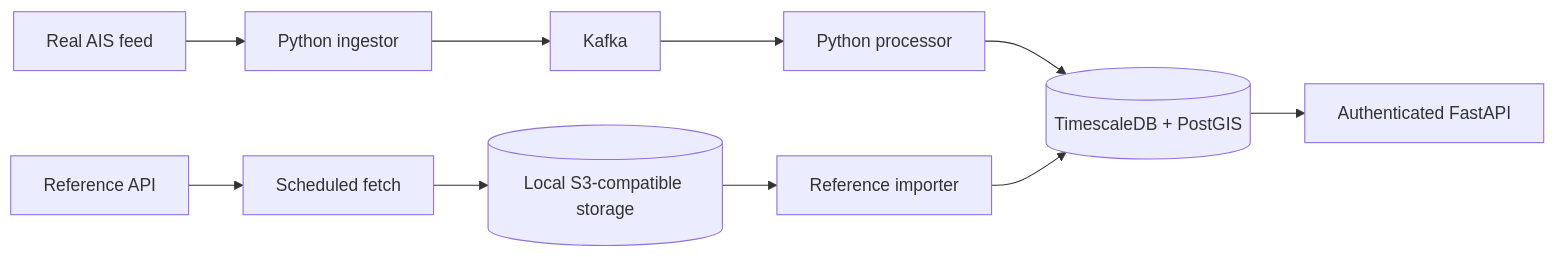
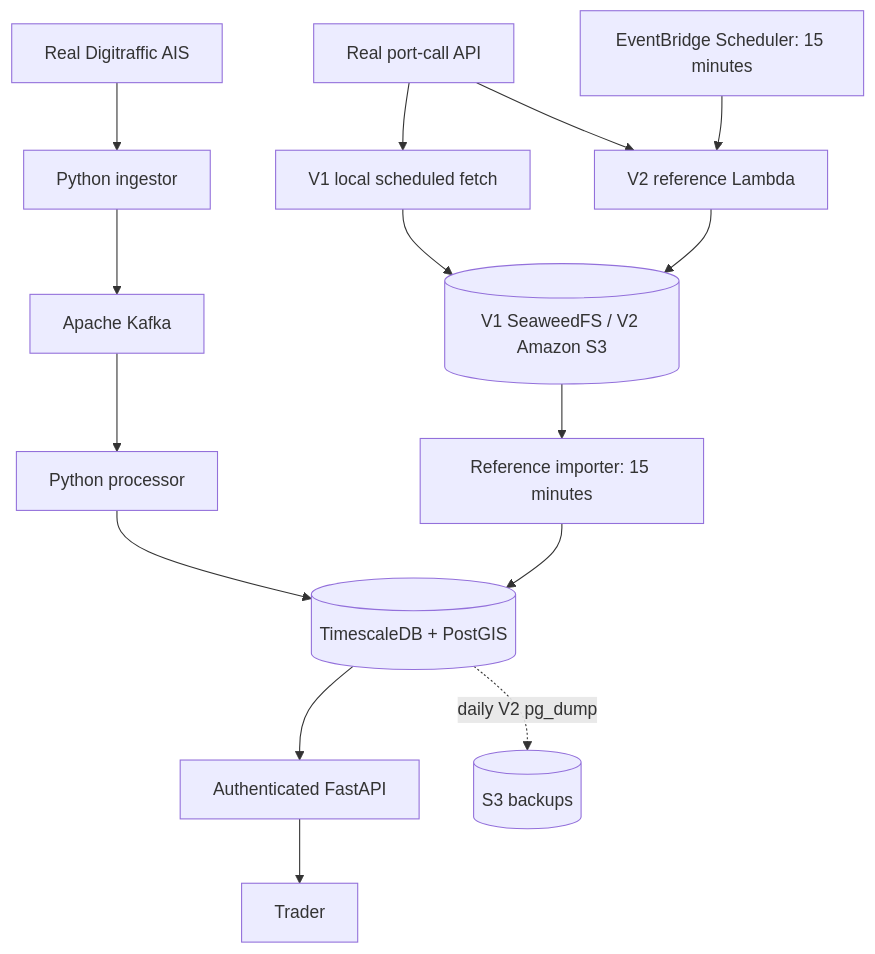
The diagram in projects/maritime-intelligence/docs/architecture.md (settorka/cloud-projects), drawn with Mermaid before and after one commit. The commit also changed other lines of this file and 12 other files, not shown here.

````diff
--- a/projects/maritime-intelligence/docs/architecture.md
+++ b/projects/maritime-intelligence/docs/architecture.md
@@ -3,12 +3,17 @@
 ```mermaid
-flowchart LR
-  AIS[Real AIS feed] --> ING[Python ingestor]
-  ING --> K[Kafka]
-  K --> P[Python processor]
-  P --> DB[(TimescaleDB + PostGIS)]
-  DB --> API[Authenticated FastAPI]
-  R[Reference API] --> F[Scheduled fetch]
-  F --> S[(Local S3-compatible storage)]
-  S --> I[Reference importer]
-  I --> DB
+flowchart TB
+    AIS[Real Digitraffic AIS] --> ING[Python ingestor]
+    ING --> K[Apache Kafka]
+    K --> P[Python processor]
+    P --> DB[(TimescaleDB + PostGIS)]
+    DB --> API[Authenticated FastAPI]
+    API --> TR[Trader]
+    REF[Real port-call API] --> LOCAL[V1 local scheduled fetch]
+    REF --> LF[V2 reference Lambda]
+    SCH[EventBridge Scheduler: 15 minutes] --> LF
+    LOCAL --> STORE[(V1 SeaweedFS / V2 Amazon S3)]
+    LF --> STORE
+    STORE --> IMP[Reference importer: 15 minutes]
+    IMP --> DB
+    DB -. daily V2 pg_dump .-> BACKUP[(S3 backups)]
 ```
````
